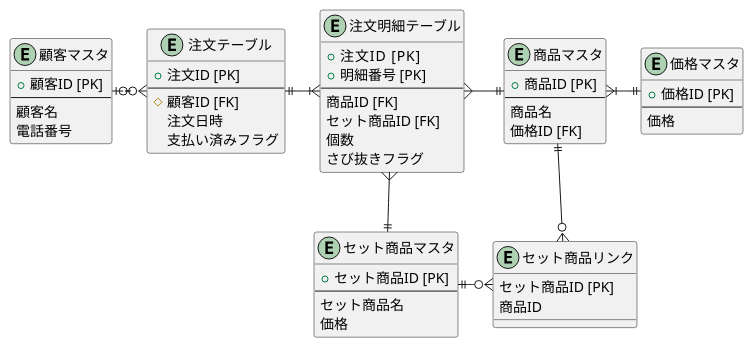
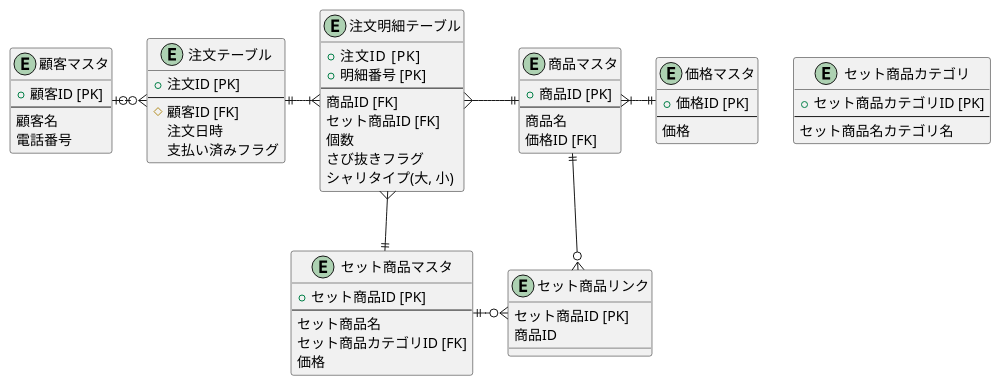
One commit to cashev/praha-challenge changed the diagram in lesson01/task02_02.pu. Above: the diagram before and after it, drawn with PlantUML. The commit also changed 1 other file, not shown here.

```diff
--- a/lesson01/task02_02.pu
+++ b/lesson01/task02_02.pu
@@ -1,85 +1,97 @@
 @startuml
 
 
 entity "顧客マスタ" as customer {
   + 顧客ID [PK]
   --
   顧客名
   電話番号
 }
 
 entity "注文テーブル" as order {
   + 注文ID [PK]
   --
   # 顧客ID [FK]
   注文日時
   支払い済みフラグ
 }
 
 entity "注文明細テーブル" as order_detail {
   + 注文ID   [PK]
   + 明細番号 [PK]
   --
   商品ID [FK]
   セット商品ID [FK]
   個数
   さび抜きフラグ
+  シャリタイプ(大, 小)
 }
 
 /'
   お好みすし
 '/
 entity "商品マスタ" as product {
   + 商品ID [PK]
   --
   商品名
   価格ID [FK]
 }
 
 /'
   セットメニュー
 '/
 entity "セット商品マスタ" as set_product {
   + セット商品ID [PK]
   --
   セット商品名
+  セット商品カテゴリID [FK]
   価格
+}
+
+/'
+  セット商品のカテゴリ名
+  例:盛り込み、にぎり
+'/
+entity "セット商品カテゴリ" as set_product_category {
+  + セット商品カテゴリID [PK]
+  --
+  セット商品名カテゴリ名
 }
 
 /'
   セットメニューと寿司ネタを紐付ける
 '/
 entity "セット商品リンク" as set_product_link {
   セット商品ID [PK]
   商品ID
 }
 
 entity "価格マスタ" as price {
   + 価格ID [PK]
   --
   価格
 }
 
 /'
 関係性
 ------   :1
 ----||   :1 and only 1
 ----o|   :0 or 1
 -----{   :many
 ----|{   :1 or more
 ----o{   :0 or many
 
 entityの位置
 ri ...right
 le ...left
 do ...down
 '/
 customer       |o-ri-o{     order
 order          ||-ri-|{     order_detail
 order_detail   }-ri-||      product
 order_detail   }-do-||      set_product
 product        ||-do-o{     set_product_link
 set_product    ||-ri-o{     set_product_link
 product        }|-ri-||     price
 
 @enduml
```
